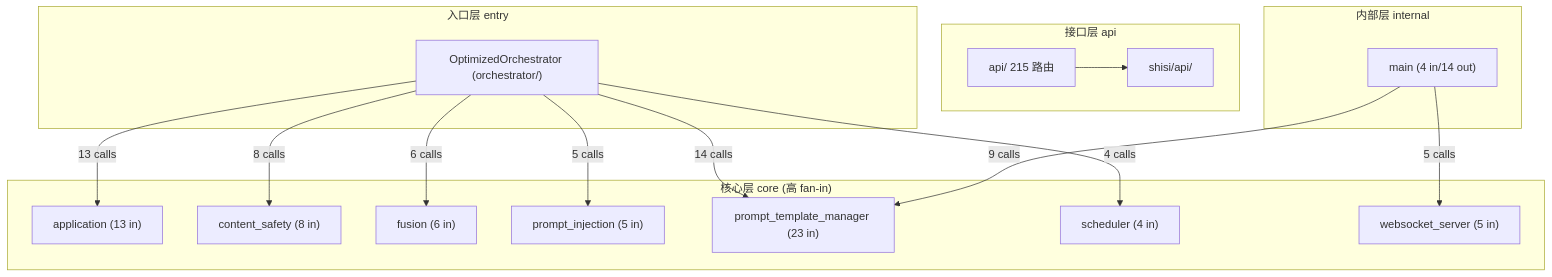
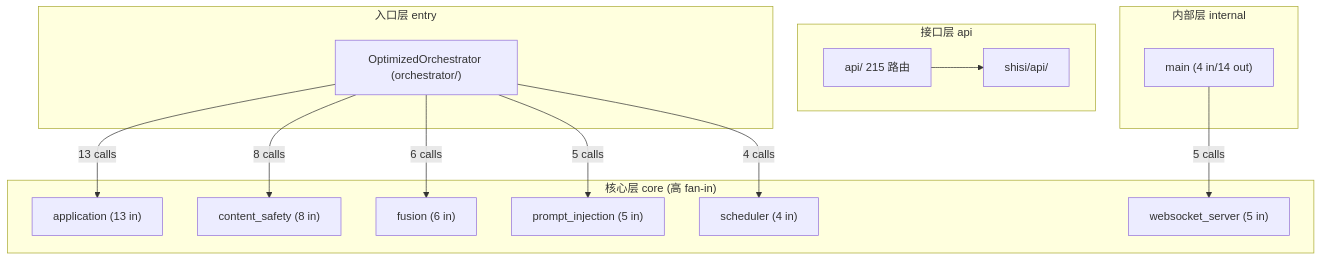
The first of 2 diagrams in CODE_GRAPH.md (FOURTEEN1416/fourteen), drawn with Mermaid before and after one commit. The commit also changed other lines of this file and 1 other file, not shown here.

Commit message:
docs: CODE_GRAPH 终局对齐补漏——prompt_template_manager 图谱/边界表虚报行清除、§4.4 persona_utils 行核对、README 徽章 1709

````diff
--- a/CODE_GRAPH.md
+++ b/CODE_GRAPH.md
@@ -74,31 +74,28 @@
 ```mermaid
 graph TD
     subgraph ENTRY["入口层 entry"]
         OA["OptimizedOrchestrator (orchestrator/)"]
     end
     subgraph API["接口层 api"]
         AR["api/ 215 路由"]
         SA["shisi/api/"]
     end
     subgraph CORE["核心层 core (高 fan-in)"]
         APP["application (13 in)"]
         CS["content_safety (8 in)"]
         FUS["fusion (6 in)"]
         PI["prompt_injection (5 in)"]
-        PTM["prompt_template_manager (23 in)"]
         SCHED["scheduler (4 in)"]
         WS["websocket_server (5 in)"]
     end
     subgraph INTERNAL["内部层 internal"]
         MAIN["main (4 in/14 out)"]
     end
-    OA -->|"14 calls"| PTM
     OA -->|"13 calls"| APP
     OA -->|"8 calls"| CS
     OA -->|"6 calls"| FUS
     OA -->|"5 calls"| PI
     OA -->|"4 calls"| SCHED
-    MAIN -->|"9 calls"| PTM
     MAIN -->|"5 calls"| WS
     AR --> SA
 ```
````
